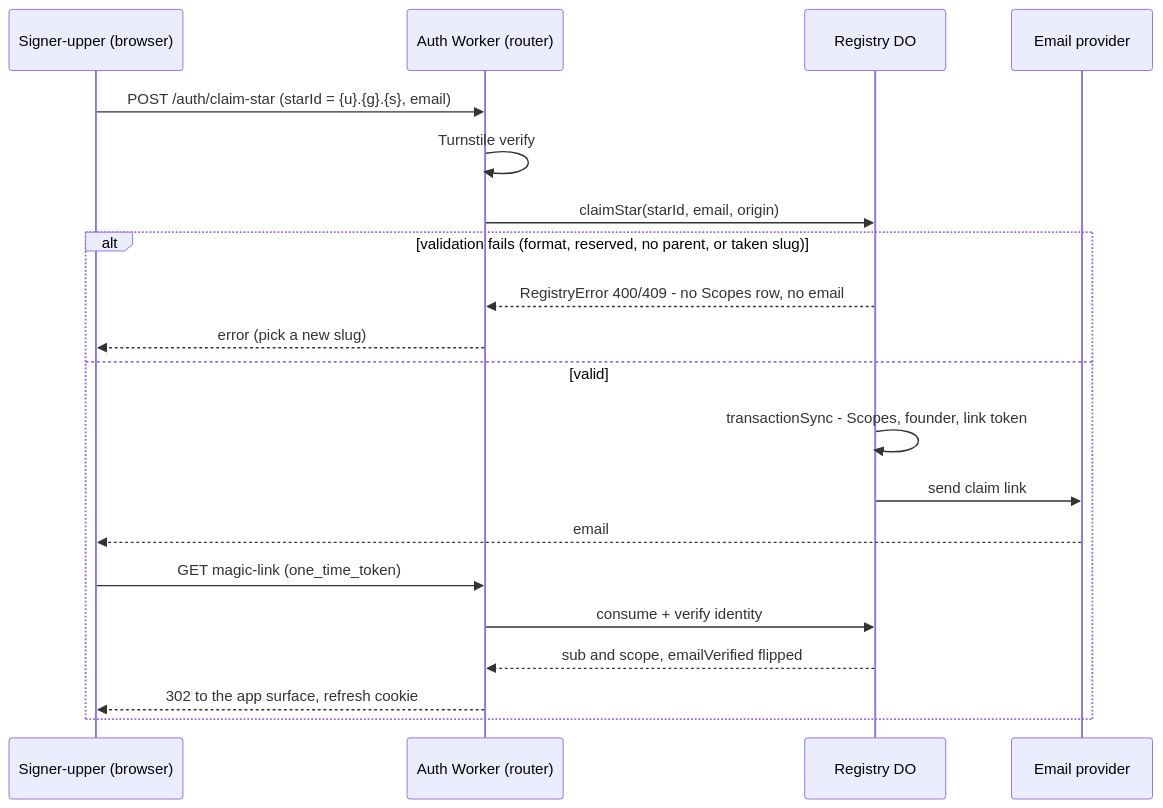
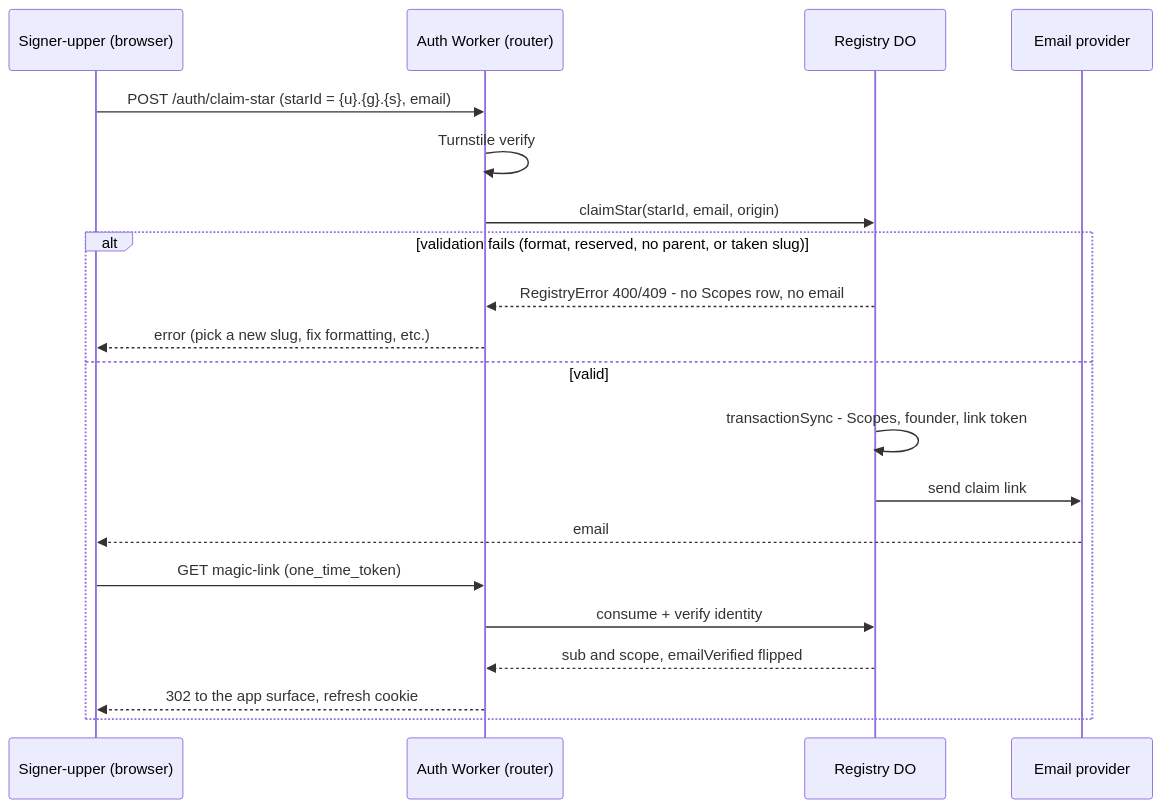
One commit to lumenize/lumenize changed the diagram in tasks/nebula-star-founder-provisioning.md. Above: the diagram before and after it, drawn with Mermaid.

Commit message:
docs(star-founder): broaden the failure-alt error message beyond slug
The alt branch covers every validation failure (format, reserved, no-parent,
taken), and RegistryError carries a specific code per case, so the landing page
retries on the right one. "error (pick a new slug)" implied slug-only; now
"(pick a new slug, fix formatting, etc.)" per Larry.

````diff
--- a/tasks/nebula-star-founder-provisioning.md
+++ b/tasks/nebula-star-founder-provisioning.md
@@ -45,22 +45,22 @@
 ```mermaid
 sequenceDiagram
     participant U as Signer-upper (browser)
     participant W as Auth Worker (router)
     participant R as Registry DO
     participant M as Email provider
     U->>W: POST /auth/claim-star (starId = {u}.{g}.{s}, email)
     W->>W: Turnstile verify
     W->>R: claimStar(starId, email, origin)
     alt validation fails (format, reserved, no parent, or taken slug)
         R-->>W: RegistryError 400/409 - no Scopes row, no email
-        W-->>U: error (pick a new slug)
+        W-->>U: error (pick a new slug, fix formatting, etc.)
     else valid
         R->>R: transactionSync - Scopes, founder, link token
         R->>M: send claim link
         M-->>U: email
         U->>W: GET magic-link (one_time_token)
         W->>R: consume + verify identity
         R-->>W: sub and scope, emailVerified flipped
         W-->>U: 302 to the app surface, refresh cookie
     end
 ```
````
